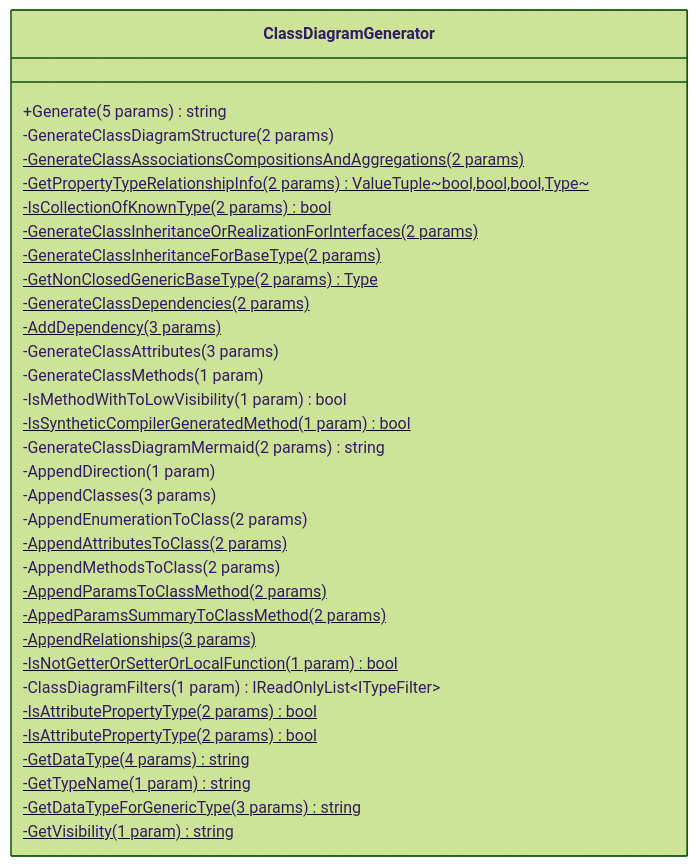
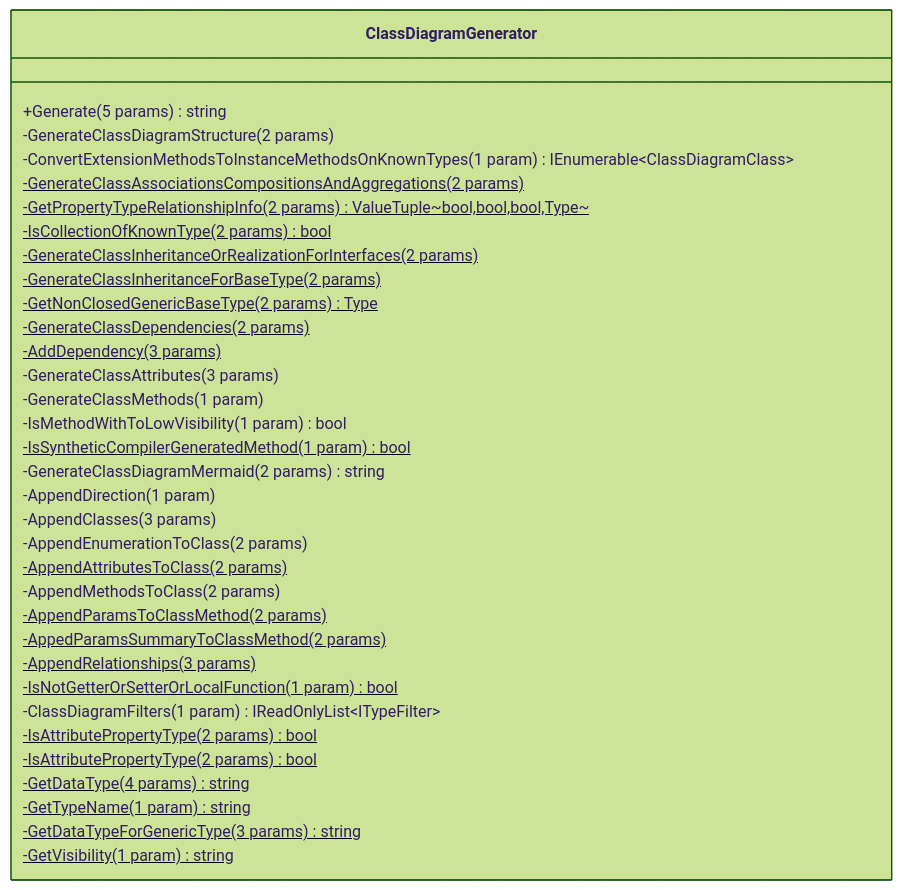
The fourth of 5 diagrams in docs/examples/mermaid-class-diagram-details.md (ebjornset/DryGen), drawn with Mermaid (forest theme) before and after one commit. The commit also changed other lines of this file and 6 other files, not shown here.

Commit message:
Generating extension methods as instance methods on known classes (#49)

````diff
--- a/docs/examples/mermaid-class-diagram-details.md
+++ b/docs/examples/mermaid-class-diagram-details.md
@@ -109,37 +111,38 @@
 ```mermaid
 classDiagram
 	class ClassDiagramGenerator {
 		+Generate(5 params) string
 		-GenerateClassDiagramStructure(2 params)
+		-ConvertExtensionMethodsToInstanceMethodsOnKnownTypes(1 param) IEnumerable~ClassDiagramClass~
 		-GenerateClassAssociationsCompositionsAndAggregations(2 params)$
 		-GetPropertyTypeRelationshipInfo(2 params)$ ValueTuple~bool,bool,bool,Type~
 		-IsCollectionOfKnownType(2 params)$ bool
 		-GenerateClassInheritanceOrRealizationForInterfaces(2 params)$
 		-GenerateClassInheritanceForBaseType(2 params)$
 		-GetNonClosedGenericBaseType(2 params)$ Type
 		-GenerateClassDependencies(2 params)$
 		-AddDependency(3 params)$
 		-GenerateClassAttributes(3 params)
 		-GenerateClassMethods(1 param)
 		-IsMethodWithToLowVisibility(1 param) bool
 		-IsSyntheticCompilerGeneratedMethod(1 param)$ bool
 		-GenerateClassDiagramMermaid(2 params) string
 		-AppendDirection(1 param)
 		-AppendClasses(3 params)
 		-AppendEnumerationToClass(2 params)
 		-AppendAttributesToClass(2 params)$
 		-AppendMethodsToClass(2 params)
 		-AppendParamsToClassMethod(2 params)$
 		-AppedParamsSummaryToClassMethod(2 params)$
 		-AppendRelationships(3 params)$
 		-IsNotGetterOrSetterOrLocalFunction(1 param)$ bool
 		-ClassDiagramFilters(1 param) IReadOnlyList~ITypeFilter~
 		-IsAttributePropertyType(2 params)$ bool
 		-IsAttributePropertyType(2 params)$ bool
 		-GetDataType(4 params)$ string
 		-GetTypeName(1 param)$ string
 		-GetDataTypeForGenericType(3 params)$ string
 		-GetVisibility(1 param)$ string
 	}
 
 ```
````
